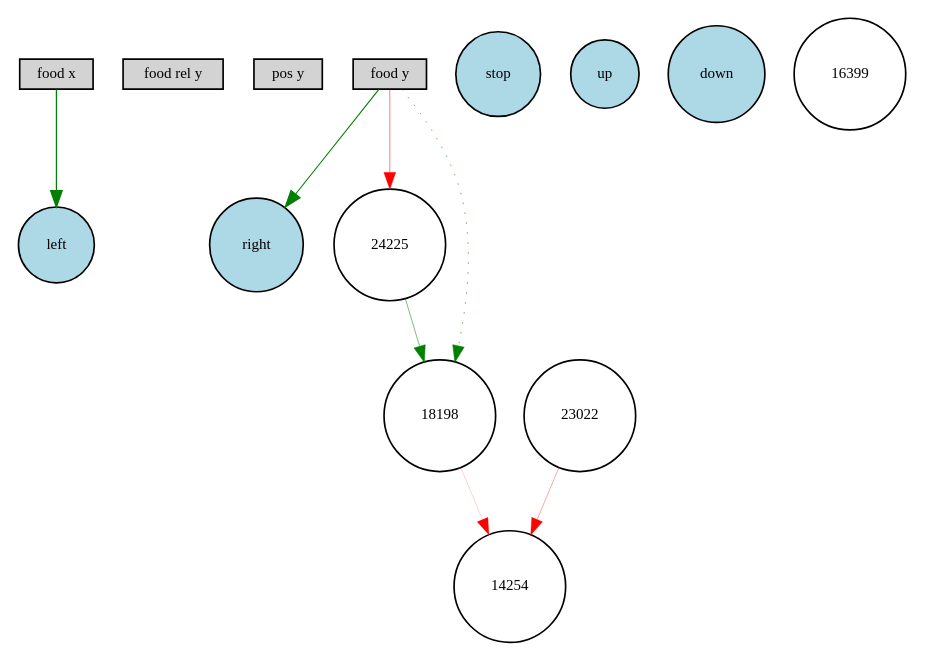
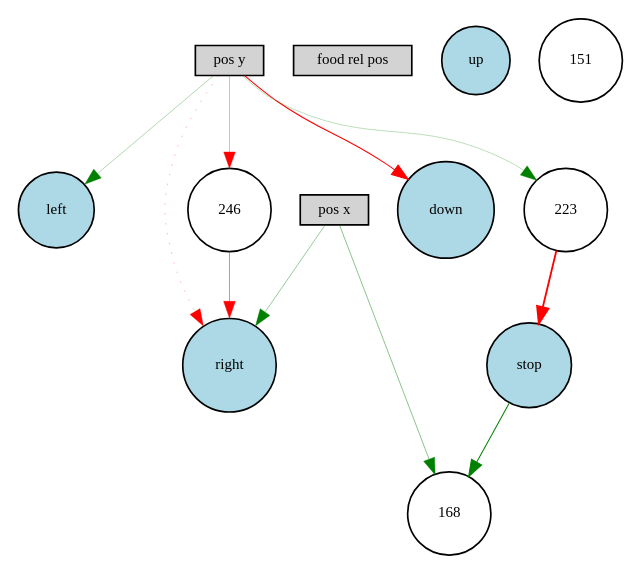
The diagram in Digraph.gv (Elphiie/Kurs), drawn with Graphviz before and after one commit. The commit also changed 20 other files, not shown here.

```diff
--- a/Digraph.gv
+++ b/Digraph.gv
@@ -1,24 +1,25 @@
 digraph {
 	node [fontsize=9 height=0.2 shape=circle width=0.2]
-	"food x" [fillcolor=lightgray shape=box style=filled]
-	"food rel y" [fillcolor=lightgray shape=box style=filled]
 	"pos y" [fillcolor=lightgray shape=box style=filled]
-	"food y" [fillcolor=lightgray shape=box style=filled]
+	"food rel pos" [fillcolor=lightgray shape=box style=filled]
+	"pos x" [fillcolor=lightgray shape=box style=filled]
 	stop [fillcolor=lightblue style=filled]
 	up [fillcolor=lightblue style=filled]
 	down [fillcolor=lightblue style=filled]
 	left [fillcolor=lightblue style=filled]
 	right [fillcolor=lightblue style=filled]
-	24225 [fillcolor=white style=filled]
-	14254 [fillcolor=white style=filled]
-	16399 [fillcolor=white style=filled]
-	23022 [fillcolor=white style=filled]
-	18198 [fillcolor=white style=filled]
-	"food x" -> left [color=green penwidth=0.725331805909198 style=solid]
-	"food y" -> right [color=green penwidth=0.6789208690288902 style=solid]
-	"food y" -> 18198 [color=green penwidth=0.3263028658927394 style=dotted]
-	18198 -> 14254 [color=red penwidth=0.11385882743335203 style=solid]
-	23022 -> 14254 [color=red penwidth=0.21467374205258138 style=solid]
-	"food y" -> 24225 [color=red penwidth=0.31500644696652397 style=solid]
-	24225 -> 18198 [color=green penwidth=0.31307195785899516 style=solid]
+	168 [fillcolor=white style=filled]
+	246 [fillcolor=white style=filled]
+	151 [fillcolor=white style=filled]
+	223 [fillcolor=white style=filled]
+	"pos y" -> right [color=red penwidth=0.15839296845220568 style=dotted]
+	"pos x" -> right [color=green penwidth=0.24530872746598106 style=solid]
+	"pos y" -> left [color=green penwidth=0.19300496876030354 style=solid]
+	"pos y" -> down [color=red penwidth=0.6052156896793188 style=solid]
+	"pos x" -> 168 [color=green penwidth=0.28139504195335685 style=solid]
+	stop -> 168 [color=green penwidth=0.606456558968586 style=solid]
+	"pos y" -> 223 [color=green penwidth=0.15634114919438313 style=solid]
+	223 -> stop [color=red penwidth=1.0956039996901918 style=solid]
+	"pos y" -> 246 [color=red penwidth=0.1984256176274672 style=solid]
+	246 -> right [color=red penwidth=0.30683297007176147 style=solid]
 }
```
